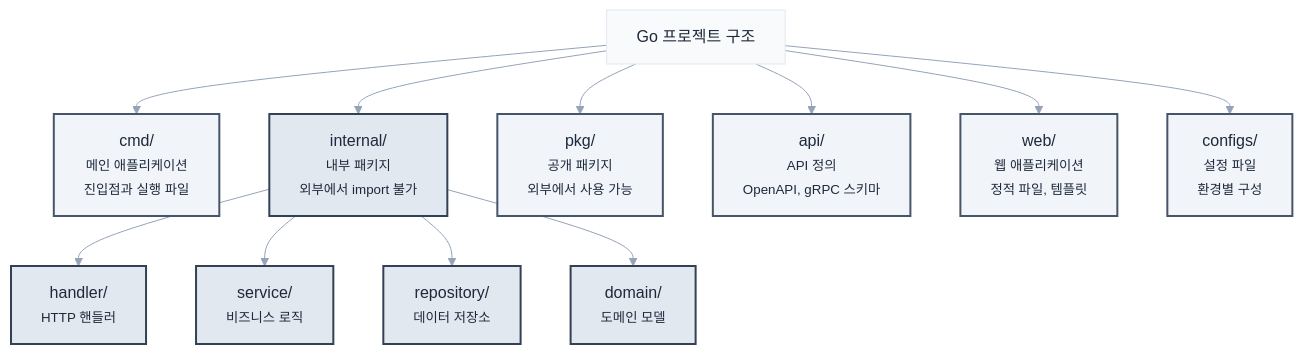
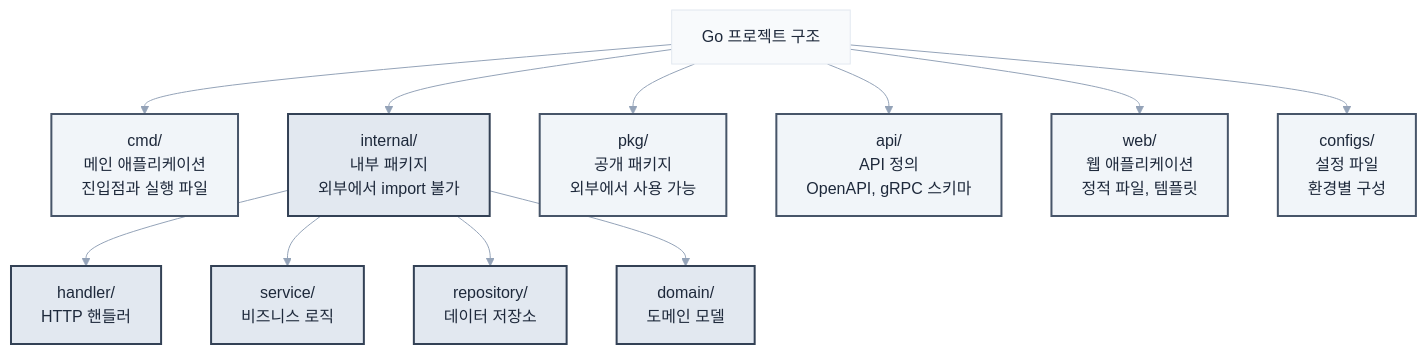
One commit to revfactory/claude-code-mastering changed the third of 5 diagrams in book/06-chapter6.md. Above: the diagram before and after it, drawn with Mermaid. The commit also changed other lines of this file and 10 other files, not shown here.

First line of the commit message:
fix: 챕터 2-13 Mermaid 다이어그램 텍스트 렌더링 최적화

````diff
--- a/book/06-chapter6.md
+++ b/book/06-chapter6.md
@@ -1326,21 +1326,21 @@
 ```mermaid
-%%{init: {"theme": "base", "themeVariables": {"primaryColor": "#f8fafc", "primaryTextColor": "#1e293b", "primaryBorderColor": "#e2e8f0", "lineColor": "#94a3b8", "secondaryColor": "#f1f5f9", "tertiaryColor": "#e2e8f0"}}}%%
+%%{init: {"theme": "base", "themeVariables": {"primaryColor": "#f8fafc", "primaryTextColor": "#1e293b", "primaryBorderColor": "#e2e8f0", "lineColor": "#94a3b8", "secondaryColor": "#f1f5f9", "tertiaryColor": "#e2e8f0"}, "flowchart": {"htmlLabels": false, "useMaxWidth": false}}}%%
 graph TD
-    A[Go 프로젝트 구조] --> B[cmd/<br/><small>메인 애플리케이션<br/>진입점과 실행 파일</small>]
-    A --> C[internal/<br/><small>내부 패키지<br/>외부에서 import 불가</small>]
-    A --> D[pkg/<br/><small>공개 패키지<br/>외부에서 사용 가능</small>]
-    A --> E[api/<br/><small>API 정의<br/>OpenAPI, gRPC 스키마</small>]
-    A --> F[web/<br/><small>웹 애플리케이션<br/>정적 파일, 템플릿</small>]
-    A --> G[configs/<br/><small>설정 파일<br/>환경별 구성</small>]
+    A[Go 프로젝트 구조] --> B[cmd/<br/>메인 애플리케이션<br/>진입점과 실행 파일]
+    A --> C[internal/<br/>내부 패키지<br/>외부에서 import 불가]
+    A --> D[pkg/<br/>공개 패키지<br/>외부에서 사용 가능]
+    A --> E[api/<br/>API 정의<br/>OpenAPI, gRPC 스키마]
+    A --> F[web/<br/>웹 애플리케이션<br/>정적 파일, 템플릿]
+    A --> G[configs/<br/>설정 파일<br/>환경별 구성]
     
-    C --> H[handler/<br/><small>HTTP 핸들러</small>]
-    C --> I[service/<br/><small>비즈니스 로직</small>]
-    C --> J[repository/<br/><small>데이터 저장소</small>]
-    C --> K[domain/<br/><small>도메인 모델</small>]
+    C --> H[handler/<br/>HTTP 핸들러]
+    C --> I[service/<br/>비즈니스 로직]
+    C --> J[repository/<br/>데이터 저장소]
+    C --> K[domain/<br/>도메인 모델]
     
     classDef publicStyle fill:#f1f5f9,stroke:#475569,stroke-width:2px,color:#1e293b
     classDef internalStyle fill:#e2e8f0,stroke:#334155,stroke-width:2px,color:#1e293b
     
     class B,D,E,F,G publicStyle
     class C,H,I,J,K internalStyle
 ```
````
